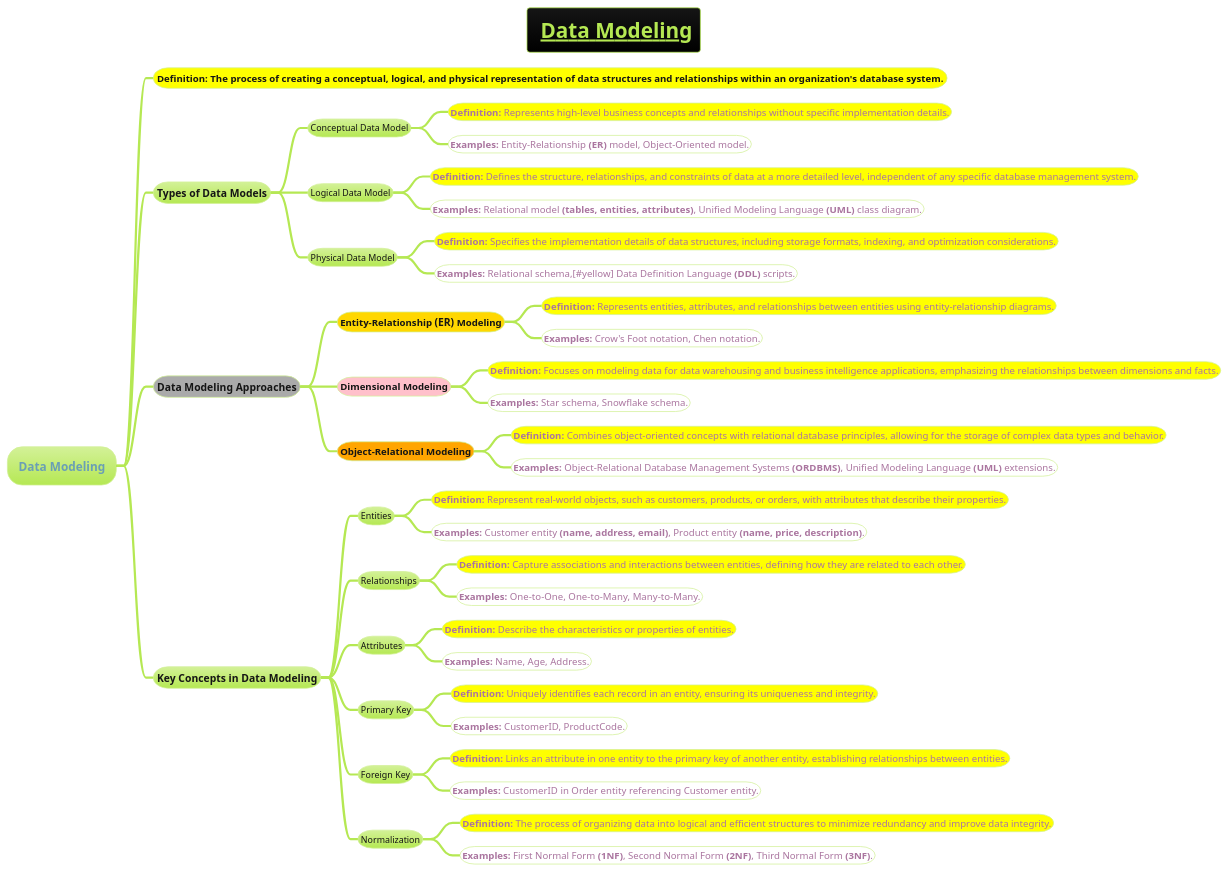
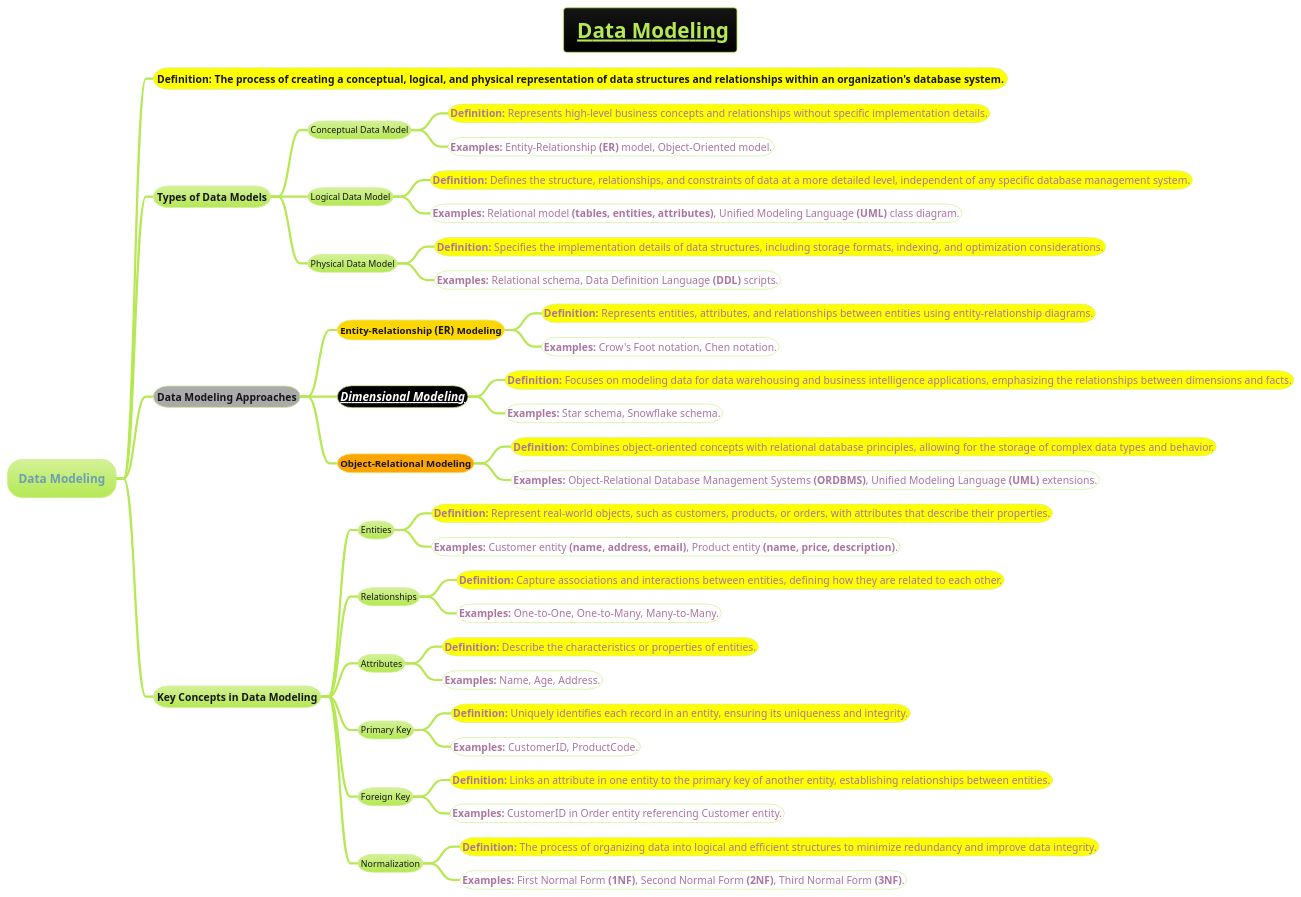
The diagram in docs/AI-ML- DL-Data-Science-and-BigData/data-science/data-engineering/data-storage-and-management/modeling-methodology/Data-Modeling.puml (MehmoodHashmi/Documentation-as-Code-DaC), drawn with PlantUML before and after one commit. The commit also changed 5 other files, not shown here.

```diff
--- a/docs/AI-ML- DL-Data-Science-and-BigData/data-science/data-engineering/data-storage-and-management/modeling-methodology/Data-Modeling.puml
+++ b/docs/AI-ML- DL-Data-Science-and-BigData/data-science/data-engineering/data-storage-and-management/modeling-methodology/Data-Modeling.puml
@@ -1,46 +1,46 @@
 @startmindmap
 title =__ Data Modeling__
 !theme hacker
 
 * Data Modeling
-**[#yellow] <size:13>**Definition:** The process of creating a conceptual, logical, and physical representation of data structures and relationships within an organization's database system.
+**[#yellow] <size:14>**Definition:** The process of creating a conceptual, logical, and physical representation of data structures and relationships within an organization's database system.
 ** Types of Data Models
 *** Conceptual Data Model
-****[#yellow] <size:13>**Definition:** Represents high-level business concepts and relationships without specific implementation details.
-****[#white] <size:13>**Examples:** Entity-Relationship **(ER)** model, Object-Oriented model.
+****[#yellow] <size:14>**Definition:** Represents high-level business concepts and relationships without specific implementation details.
+****[#white] <size:14>**Examples:** Entity-Relationship **(ER)** model, Object-Oriented model.
 *** Logical Data Model
-****[#yellow] <size:13>**Definition:** Defines the structure, relationships, and constraints of data at a more detailed level, independent of any specific database management system.
-****[#white] <size:13>**Examples:** Relational model **(tables, entities, attributes)**, Unified Modeling Language **(UML)** class diagram.
+****[#yellow] <size:14>**Definition:** Defines the structure, relationships, and constraints of data at a more detailed level, independent of any specific database management system.
+****[#white] <size:14>**Examples:** Relational model **(tables, entities, attributes)**, Unified Modeling Language **(UML)** class diagram.
 *** Physical Data Model
-****[#yellow] <size:13>**Definition:** Specifies the implementation details of data structures, including storage formats, indexing, and optimization considerations.
-****[#white] <size:13>**Examples:** Relational schema,[#yellow] <size:13>Data Definition Language **(DDL)** scripts.
+****[#yellow] <size:14>**Definition:** Specifies the implementation details of data structures, including storage formats, indexing, and optimization considerations.
+****[#white] <size:14>**Examples:** Relational schema, Data Definition Language **(DDL)** scripts.
 **[#a] Data Modeling Approaches
 ***[#gold] ===Entity-Relationship **(ER)** Modeling
-****[#yellow] <size:13>**Definition:** Represents entities, attributes, and relationships between entities using entity-relationship diagrams.
-****[#white] <size:13>**Examples:** Crow's Foot notation, Chen notation.
-***[#pink] ===Dimensional Modeling
-****[#yellow] <size:13>**Definition:** Focuses on modeling data for data warehousing and business intelligence applications, emphasizing the relationships between dimensions and facts.
-****[#white] <size:13>**Examples:** Star schema, Snowflake schema.
+****[#yellow] <size:14>**Definition:** Represents entities, attributes, and relationships between entities using entity-relationship diagrams.
+****[#white] <size:14>**Examples:** Crow's Foot notation, Chen notation.
+***[#black] ====<size:16>**[[../../../../../books/1-books-backlog/DBMS/Dimensional-Modeling.puml Dimensional Modeling]]**
+****[#yellow] <size:14>**Definition:** Focuses on modeling data for data warehousing and business intelligence applications, emphasizing the relationships between dimensions and facts.
+****[#white] <size:14>**Examples:** Star schema, Snowflake schema.
 ***[#orange] ===Object-Relational Modeling
-****[#yellow] <size:13>**Definition:** Combines object-oriented concepts with relational database principles, allowing for the storage of complex data types and behavior.
-****[#white] <size:13>**Examples:** Object-Relational Database Management Systems **(ORDBMS)**, Unified Modeling Language **(UML)** extensions.
+****[#yellow] <size:14>**Definition:** Combines object-oriented concepts with relational database principles, allowing for the storage of complex data types and behavior.
+****[#white] <size:14>**Examples:** Object-Relational Database Management Systems **(ORDBMS)**, Unified Modeling Language **(UML)** extensions.
 ** Key Concepts in Data Modeling
 *** Entities
-****[#yellow] <size:13>**Definition:** Represent real-world objects, such as customers, products, or orders, with attributes that describe their properties.
-****[#white] <size:13>**Examples:** Customer entity **(name, address, email)**, Product entity **(name, price, description)**.
+****[#yellow] <size:14>**Definition:** Represent real-world objects, such as customers, products, or orders, with attributes that describe their properties.
+****[#white] <size:14>**Examples:** Customer entity **(name, address, email)**, Product entity **(name, price, description)**.
 *** Relationships
-****[#yellow] <size:13>**Definition:** Capture associations and interactions between entities, defining how they are related to each other.
-****[#white] <size:13>**Examples:** One-to-One, One-to-Many, Many-to-Many.
+****[#yellow] <size:14>**Definition:** Capture associations and interactions between entities, defining how they are related to each other.
+****[#white] <size:14>**Examples:** One-to-One, One-to-Many, Many-to-Many.
 *** Attributes
-****[#yellow] <size:13>**Definition:** Describe the characteristics or properties of entities.
-****[#white] <size:13>**Examples:** Name, Age, Address.
+****[#yellow] <size:14>**Definition:** Describe the characteristics or properties of entities.
+****[#white] <size:14>**Examples:** Name, Age, Address.
 *** Primary Key
-****[#yellow] <size:13>**Definition:** Uniquely identifies each record in an entity, ensuring its uniqueness and integrity.
-****[#white] <size:13>**Examples:** CustomerID, ProductCode.
+****[#yellow] <size:14>**Definition:** Uniquely identifies each record in an entity, ensuring its uniqueness and integrity.
+****[#white] <size:14>**Examples:** CustomerID, ProductCode.
 *** Foreign Key
-****[#yellow] <size:13>**Definition:** Links an attribute in one entity to the primary key of another entity, establishing relationships between entities.
-****[#white] <size:13>**Examples:** CustomerID in Order entity referencing Customer entity.
+****[#yellow] <size:14>**Definition:** Links an attribute in one entity to the primary key of another entity, establishing relationships between entities.
+****[#white] <size:14>**Examples:** CustomerID in Order entity referencing Customer entity.
 *** Normalization
-****[#yellow] <size:13>**Definition:** The process of organizing data into logical and efficient structures to minimize redundancy and improve data integrity.
-****[#white] <size:13>**Examples:** First Normal Form **(1NF)**, Second Normal Form **(2NF)**, Third Normal Form **(3NF)**.
+****[#yellow] <size:14>**Definition:** The process of organizing data into logical and efficient structures to minimize redundancy and improve data integrity.
+****[#white] <size:14>**Examples:** First Normal Form **(1NF)**, Second Normal Form **(2NF)**, Third Normal Form **(3NF)**.
 @endmindmap
```
